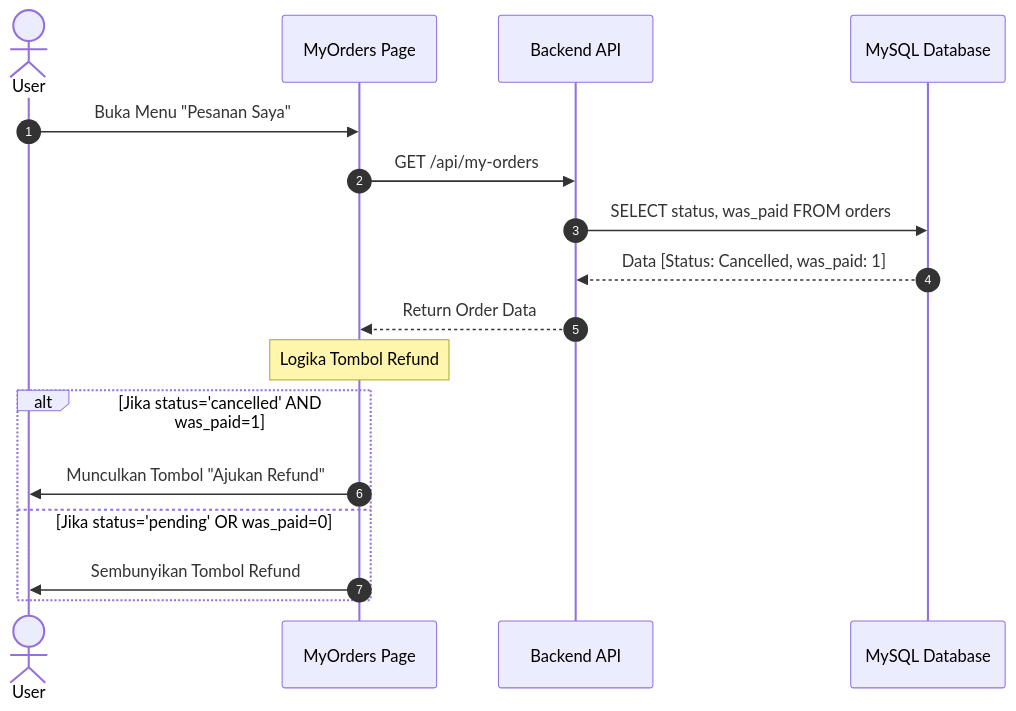
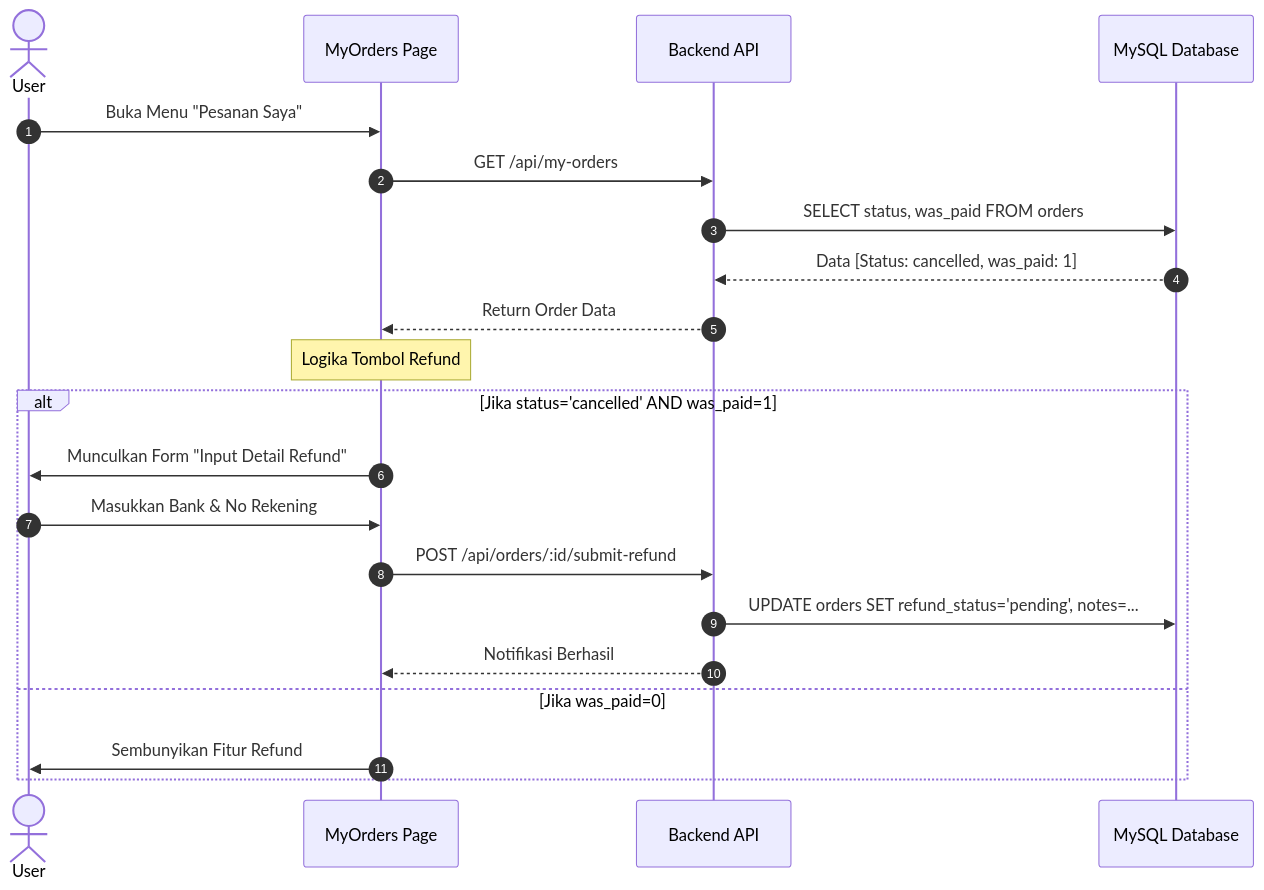
One commit to AkbarHusaini/website-reservasi-online-Ineri-suki changed the fifth of 8 diagrams in DIAGRAM.md. Above: the diagram before and after it, drawn with Mermaid. The commit also changed other lines of this file and 7 other files, not shown here.

Commit message:
Update: slimmed admin UI scaling, added logo favicon, updated project name and architecture diagrams

````diff
--- a/DIAGRAM.md
+++ b/DIAGRAM.md
@@ -129,21 +132,25 @@
 ```mermaid
 sequenceDiagram
     autonumber
     actor User
     participant FE as MyOrders Page
     participant BE as Backend API
     participant DB as MySQL Database
 
     User->>FE: Buka Menu "Pesanan Saya"
     FE->>BE: GET /api/my-orders
     BE->>DB: SELECT status, was_paid FROM orders
-    DB-->>BE: Data [Status: Cancelled, was_paid: 1]
+    DB-->>BE: Data [Status: cancelled, was_paid: 1]
     BE-->>FE: Return Order Data
     
     Note over FE: Logika Tombol Refund
     alt Jika status='cancelled' AND was_paid=1
-        FE->>User: Munculkan Tombol "Ajukan Refund"
-    else Jika status='pending' OR was_paid=0
-        FE->>User: Sembunyikan Tombol Refund
+        FE->>User: Munculkan Form "Input Detail Refund"
+        User->>FE: Masukkan Bank & No Rekening
+        FE->>BE: POST /api/orders/:id/submit-refund
+        BE->>DB: UPDATE orders SET refund_status='pending', notes=...
+        BE-->>FE: Notifikasi Berhasil
+    else Jika was_paid=0
+        FE->>User: Sembunyikan Fitur Refund
     end
 ```
````
